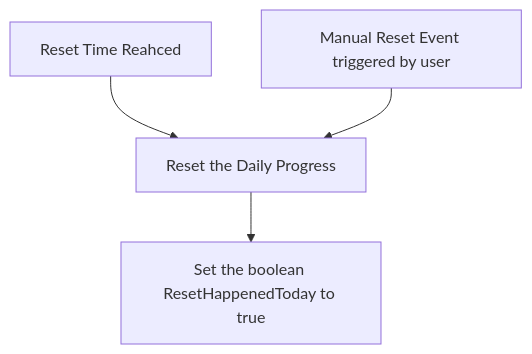
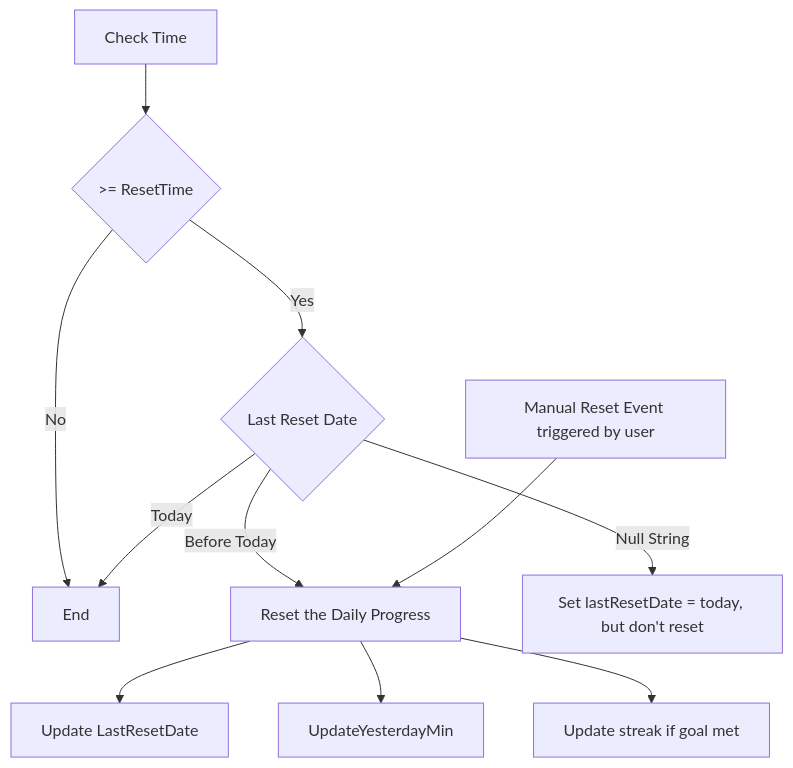
Before and after one commit to SheoranRavi/focus-flow: the sixth of 7 diagrams in docs/diagrams.md, drawn with Mermaid. The commit also changed 2 other files, not shown here.

Commit message:
correct reset logic, track streak and yesterday mins

````diff
--- a/docs/diagrams.md
+++ b/docs/diagrams.md
@@ -133,7 +133,13 @@
 ```mermaid
 flowchart TD
-    ResetTime[Reset Time Reahced] --> Reset[Reset the Daily Progress]
-    Reset --> SetResetHappenedToday[Set the boolean ResetHappenedToday to true]
+    CheckTime[Check Time] --> GreaterEqualThanResetTime{>= ResetTime}
+    GreaterEqualThanResetTime -- Yes --> LastResetDate{Last Reset Date}
+    GreaterEqualThanResetTime -- No --> End
+    LastResetDate -- Before Today --> Reset[Reset the Daily Progress]
+    LastResetDate -- Today --> End
+    LastResetDate -- Null String --> SaveDate[Set lastResetDate = today, but don't reset]
     ManualReset[Manual Reset Event triggered by user] --> Reset
-
+    Reset --> SetLastResetDate[Update LastResetDate]
+    Reset --> UpdateYesterdayMin
+    Reset --> UpdateStreak[Update streak if goal met]
 ```
````
